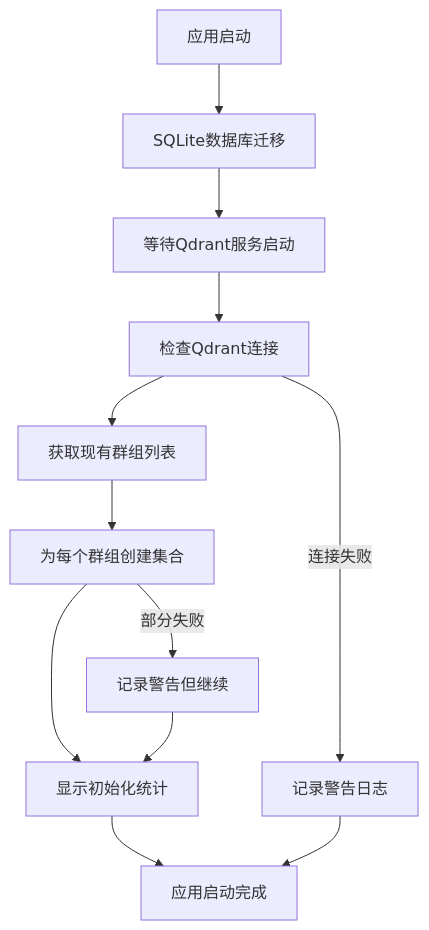
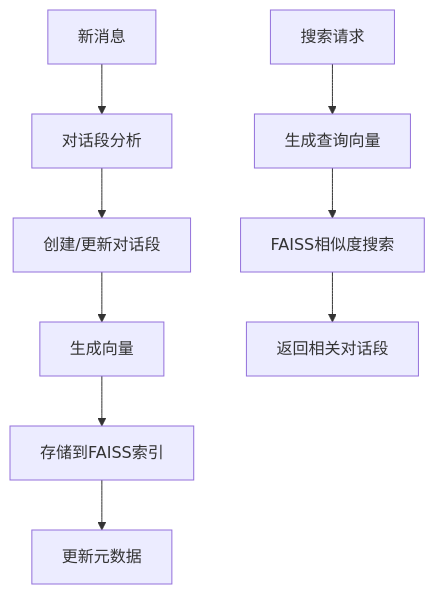
One commit to ModerRAS/TelegramSearchBot changed the diagram in Docs/README_VectorDatabaseInit.md. Above: the diagram before and after it, drawn with Mermaid. The commit also changed other lines of this file and 15 other files, not shown here.

````diff
--- a/Docs/README_VectorDatabaseInit.md
+++ b/Docs/README_VectorDatabaseInit.md
@@ -85,15 +59,12 @@
 ```mermaid
-flowchart TD
-    A[应用启动] --> B[SQLite数据库迁移]
-    B --> C[等待Qdrant服务启动]
-    C --> D[检查Qdrant连接]
-    D --> E[获取现有群组列表]
-    E --> F[为每个群组创建集合]
-    F --> G[显示初始化统计]
-    G --> H[应用启动完成]
+graph TD
+    A[新消息] --> B[对话段分析]
+    B --> C[创建/更新对话段]
+    C --> D[生成向量]
+    D --> E[存储到FAISS索引]
+    E --> F[更新元数据]
     
-    D -->|连接失败| I[记录警告日志]
-    I --> H
-    F -->|部分失败| J[记录警告但继续]
-    J --> G
+    G[搜索请求] --> H[生成查询向量]
+    H --> I[FAISS相似度搜索]
+    I --> J[返回相关对话段]
 ```
````
